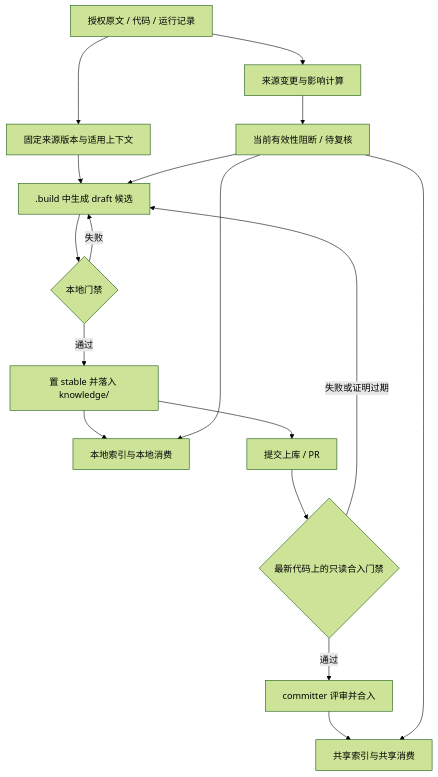
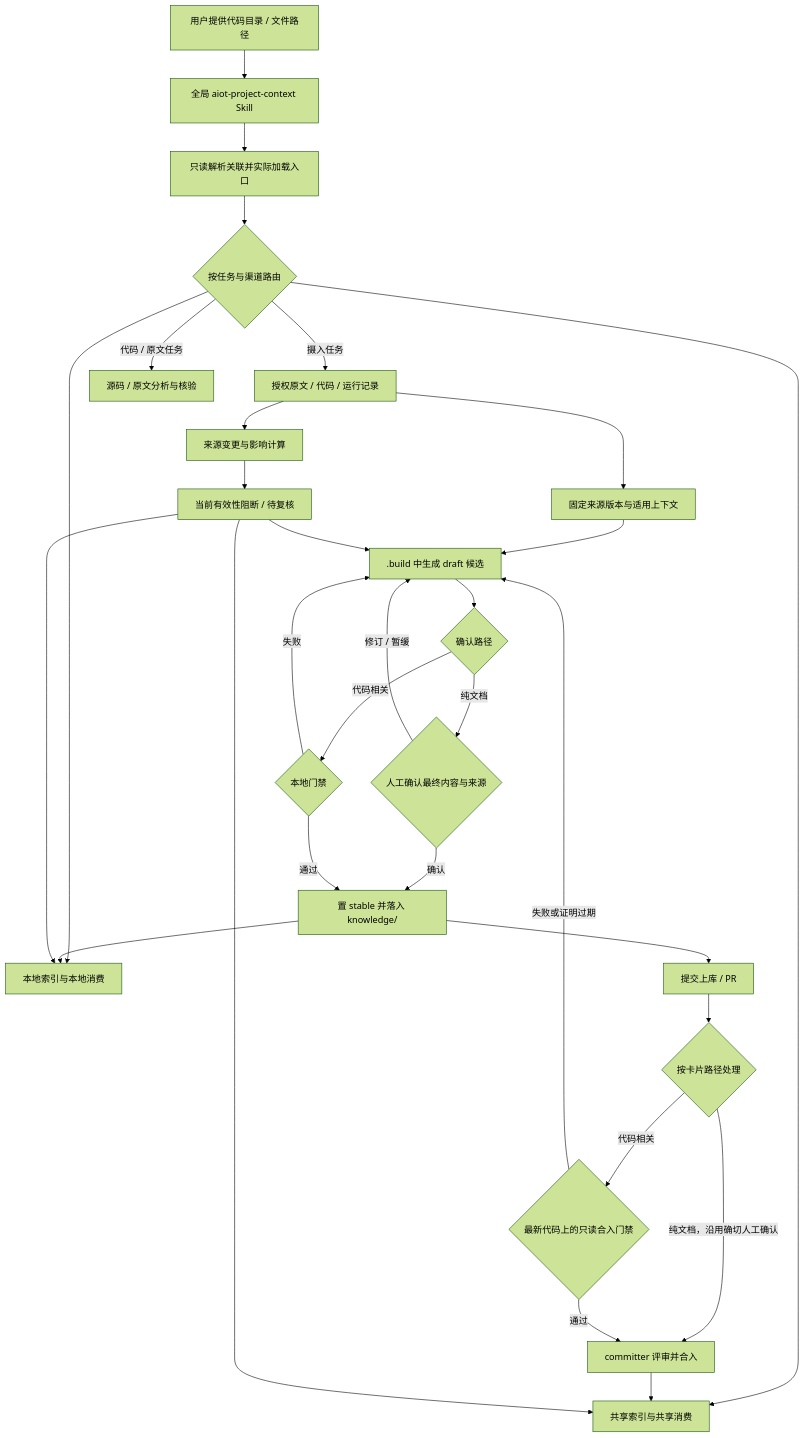
The diagram in docs/设计文档/知识库详细设计.md (Robin-hhc/FactumCore), drawn with Mermaid (forest theme) before and after one commit. The commit also changed other lines of this file and 3 other files, not shown here.

````diff
--- a/docs/设计文档/知识库详细设计.md
+++ b/docs/设计文档/知识库详细设计.md
@@ -15,19 +15,32 @@
 ```mermaid
 flowchart TD
+    U[用户提供代码目录 / 文件路径] --> PC[全局 aiot-project-context Skill]
+    PC --> B[只读解析关联并实际加载入口]
+    B --> T{按任务与渠道路由}
+    T -->|摄入任务| R
+    T -->|代码 / 原文任务| SR[源码 / 原文分析与核验]
+    T --> QL
+    T --> QS
     R[授权原文 / 代码 / 运行记录] --> S[固定来源版本与适用上下文]
     S --> D[.build 中生成 draft 候选]
-    D --> L{本地门禁}
+    D --> RM{确认路径}
+    RM -->|代码相关| L{本地门禁}
+    RM -->|纯文档| HR{人工确认最终内容与来源}
+    HR -->|修订 / 暂缓| D
+    HR -->|确认| K
     L -->|失败| D
     L -->|通过| K[置 stable 并落入 knowledge/]
     K --> QL[本地索引与本地消费]
     K --> P[提交上库 / PR]
-    P --> C{最新代码上的只读合入门禁}
+    P --> CM{按卡片路径处理}
+    CM -->|代码相关| C{最新代码上的只读合入门禁}
+    CM -->|纯文档，沿用确切人工确认| A
     C -->|失败或证明过期| D
     C -->|通过| A[committer 评审并合入]
     A --> QS[共享索引与共享消费]
     R --> E[来源变更与影响计算]
     E --> V[当前有效性阻断 / 待复核]
     V --> D
     V --> QL
     V --> QS
 ```
````
